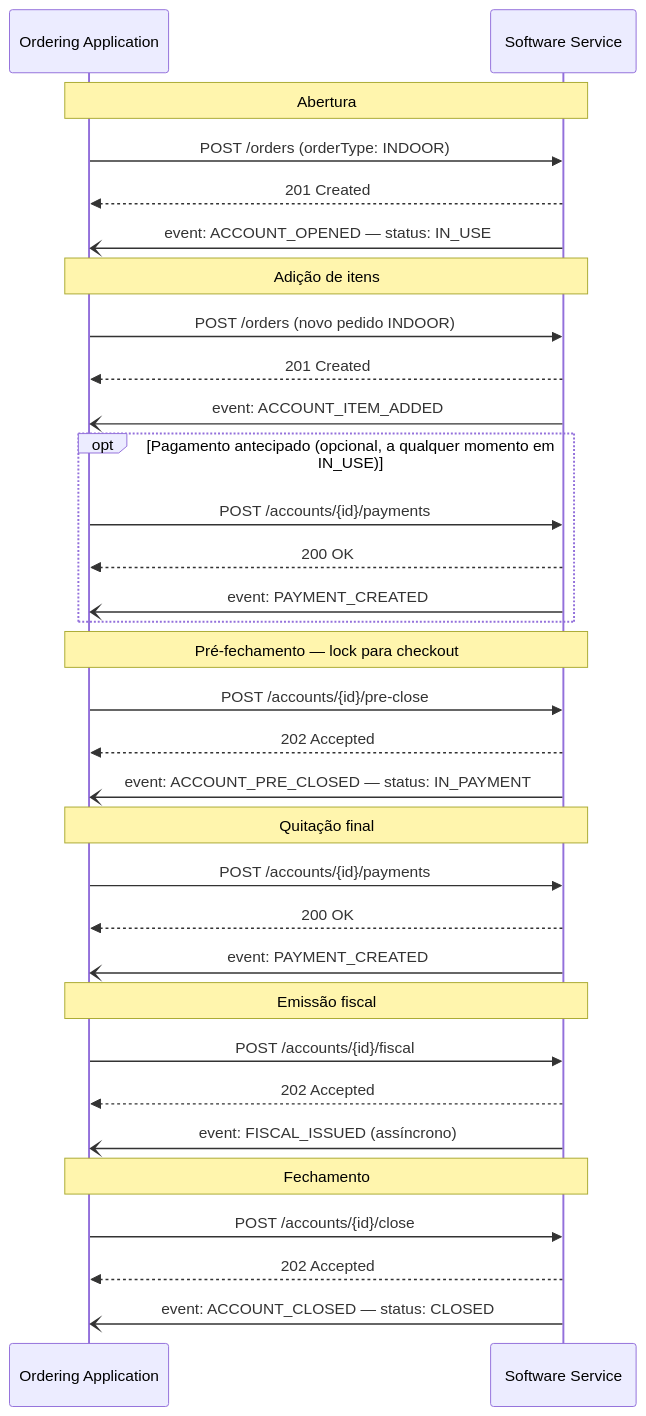
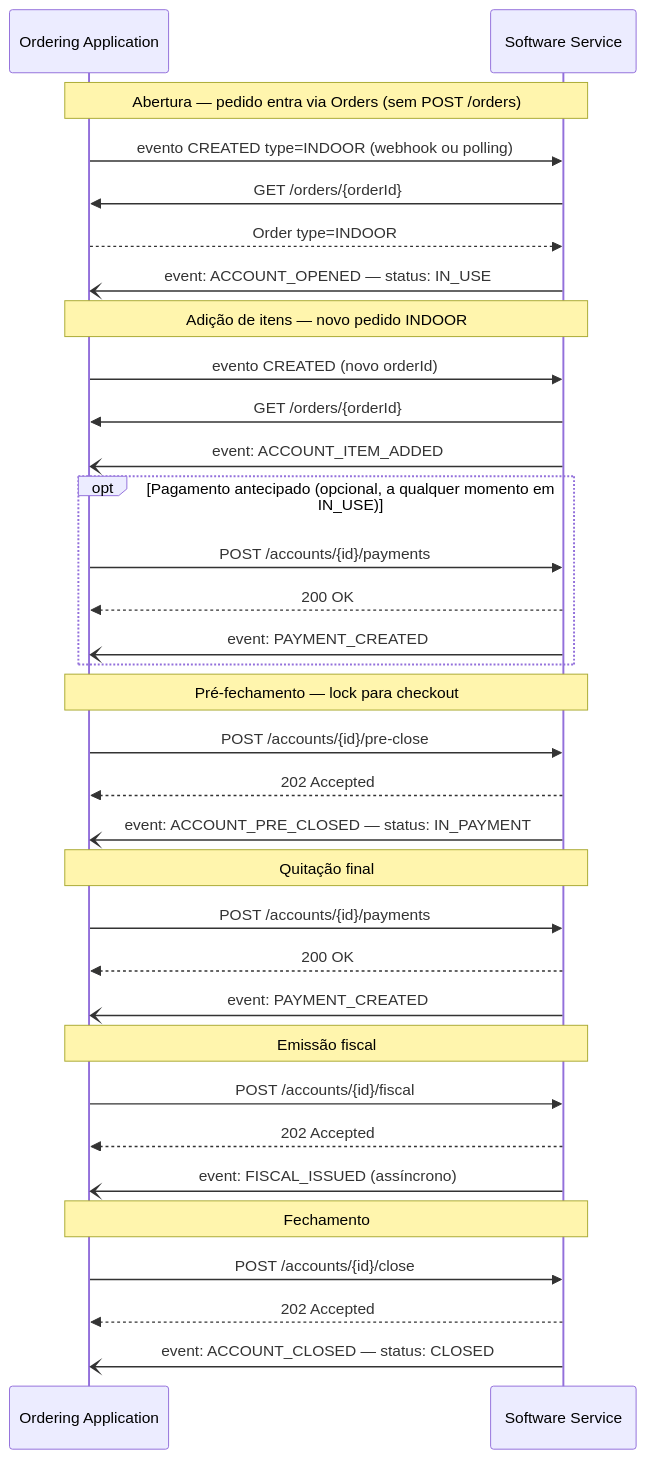
One commit to Abrasel-Nacional/opendelivery-v2 changed the second of 7 diagrams in docs/protocol/indoor.md. Above: the diagram before and after it, drawn with Mermaid. The commit also changed other lines of this file and 230 other files, not shown here.

````diff
--- a/docs/protocol/indoor.md
+++ b/docs/protocol/indoor.md
@@ -255,41 +325,42 @@
 ```mermaid
 sequenceDiagram
-    participant OA as Ordering Application
-    participant SS as Software Service
+ participant OA as Ordering Application
+ participant SS as Software Service
 
-    Note over OA,SS: Abertura
-    OA->>SS: POST /orders (orderType: INDOOR)
-    SS-->>OA: 201 Created
-    SS-)OA: event: ACCOUNT_OPENED — status: IN_USE
+ Note over OA,SS: Abertura — pedido entra via Orders (sem POST /orders)
+ OA->>SS: evento CREATED type=INDOOR (webhook ou polling)
+ SS->>OA: GET /orders/{orderId}
+ OA-->>SS: Order type=INDOOR
+ SS-)OA: event: ACCOUNT_OPENED — status: IN_USE
 
-    Note over OA,SS: Adição de itens
-    OA->>SS: POST /orders (novo pedido INDOOR)
-    SS-->>OA: 201 Created
-    SS-)OA: event: ACCOUNT_ITEM_ADDED
+ Note over OA,SS: Adição de itens — novo pedido INDOOR
+ OA->>SS: evento CREATED (novo orderId)
+ SS->>OA: GET /orders/{orderId}
+ SS-)OA: event: ACCOUNT_ITEM_ADDED
 
-    opt Pagamento antecipado (opcional, a qualquer momento em IN_USE)
-        OA->>SS: POST /accounts/{id}/payments
-        SS-->>OA: 200 OK
-        SS-)OA: event: PAYMENT_CREATED
-    end
+ opt Pagamento antecipado (opcional, a qualquer momento em IN_USE)
+ OA->>SS: POST /accounts/{id}/payments
+ SS-->>OA: 200 OK
+ SS-)OA: event: PAYMENT_CREATED
+ end
 
-    Note over OA,SS: Pré-fechamento — lock para checkout
-    OA->>SS: POST /accounts/{id}/pre-close
-    SS-->>OA: 202 Accepted
-    SS-)OA: event: ACCOUNT_PRE_CLOSED — status: IN_PAYMENT
+ Note over OA,SS: Pré-fechamento — lock para checkout
+ OA->>SS: POST /accounts/{id}/pre-close
+ SS-->>OA: 202 Accepted
+ SS-)OA: event: ACCOUNT_PRE_CLOSED — status: IN_PAYMENT
 
-    Note over OA,SS: Quitação final
-    OA->>SS: POST /accounts/{id}/payments
-    SS-->>OA: 200 OK
-    SS-)OA: event: PAYMENT_CREATED
+ Note over OA,SS: Quitação final
+ OA->>SS: POST /accounts/{id}/payments
+ SS-->>OA: 200 OK
+ SS-)OA: event: PAYMENT_CREATED
 
-    Note over OA,SS: Emissão fiscal
-    OA->>SS: POST /accounts/{id}/fiscal
-    SS-->>OA: 202 Accepted
-    SS-)OA: event: FISCAL_ISSUED (assíncrono)
+ Note over OA,SS: Emissão fiscal
+ OA->>SS: POST /accounts/{id}/fiscal
+ SS-->>OA: 202 Accepted
+ SS-)OA: event: FISCAL_ISSUED (assíncrono)
 
-    Note over OA,SS: Fechamento
-    OA->>SS: POST /accounts/{id}/close
-    SS-->>OA: 202 Accepted
-    SS-)OA: event: ACCOUNT_CLOSED — status: CLOSED
+ Note over OA,SS: Fechamento
+ OA->>SS: POST /accounts/{id}/close
+ SS-->>OA: 202 Accepted
+ SS-)OA: event: ACCOUNT_CLOSED — status: CLOSED
 ```
````
